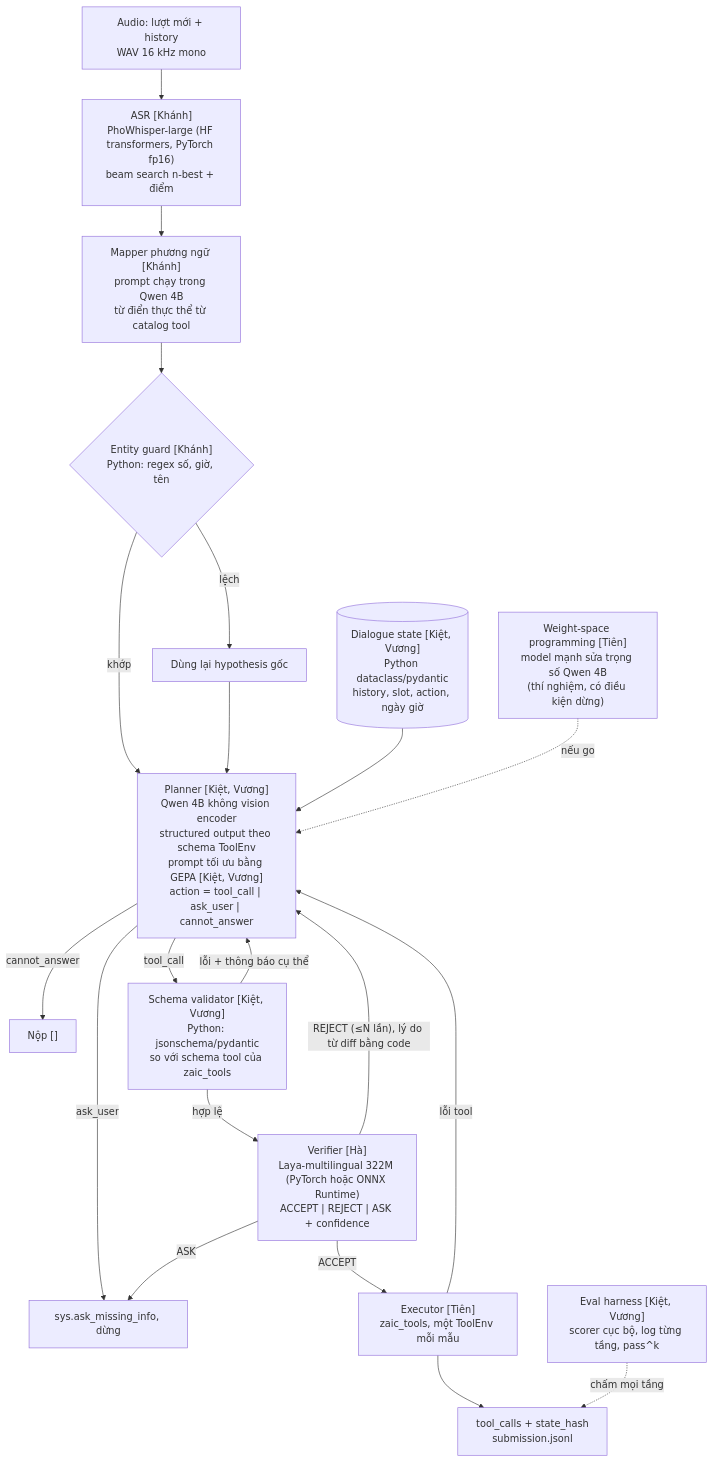
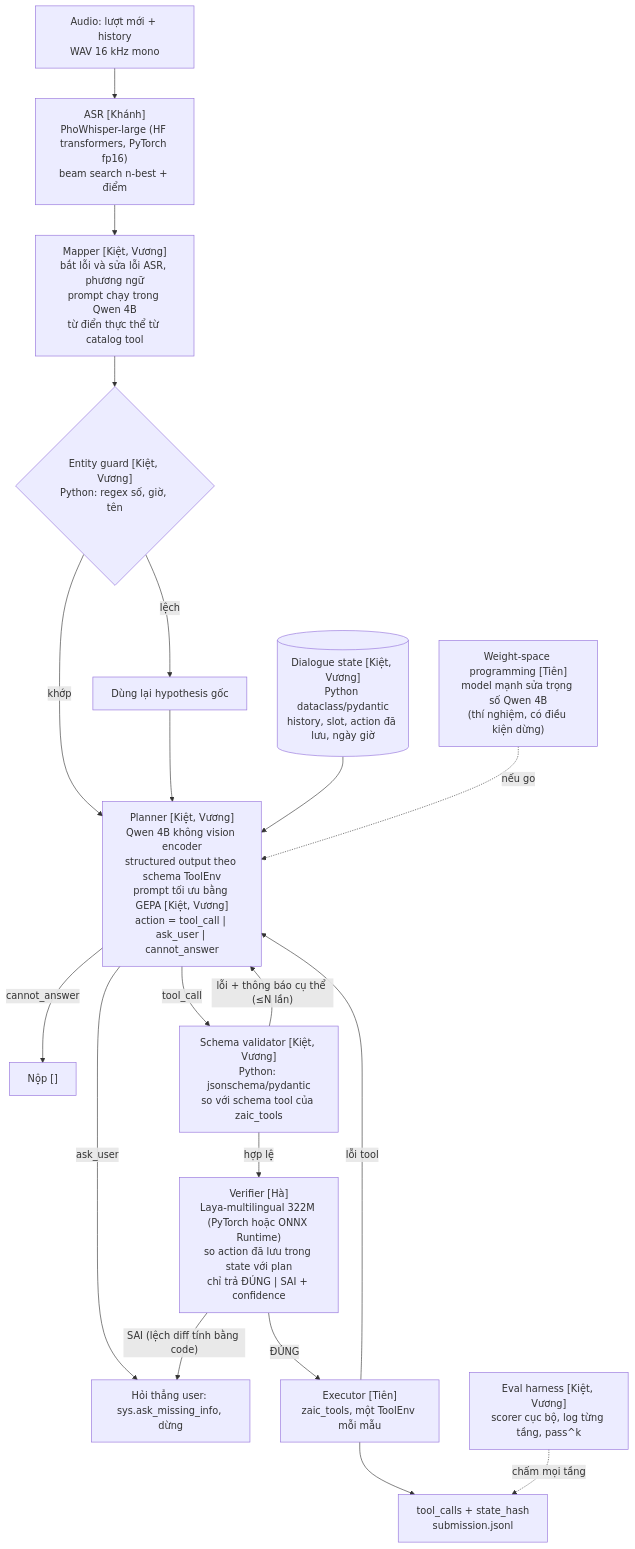
Before and after one commit to Bamboohoccode/ZAIC_2026: the second of 2 diagrams in docs/PROJECT_OVERVIEW.md, drawn with Mermaid. The commit also changed other lines of this file, not shown here.

````diff
--- a/docs/PROJECT_OVERVIEW.md
+++ b/docs/PROJECT_OVERVIEW.md
@@ -91,22 +92,21 @@
 ```mermaid
 flowchart TD
     A["Audio: lượt mới + history<br/>WAV 16 kHz mono"] --> B["ASR [Khánh]<br/>PhoWhisper-large (HF transformers, PyTorch fp16)<br/>beam search n-best + điểm"]
-    B --> C["Mapper phương ngữ [Khánh]<br/>prompt chạy trong Qwen 4B<br/>từ điển thực thể từ catalog tool"]
-    C --> G{"Entity guard [Khánh]<br/>Python: regex số, giờ, tên"}
+    B --> C["Mapper [Kiệt, Vương]<br/>bắt lỗi và sửa lỗi ASR, phương ngữ<br/>prompt chạy trong Qwen 4B<br/>từ điển thực thể từ catalog tool"]
+    C --> G{"Entity guard [Kiệt, Vương]<br/>Python: regex số, giờ, tên"}
     G -- khớp --> D
     G -- lệch --> C0["Dùng lại hypothesis gốc"] --> D
-    S[("Dialogue state [Kiệt, Vương]<br/>Python dataclass/pydantic<br/>history, slot, action, ngày giờ")] --> D
+    S[("Dialogue state [Kiệt, Vương]<br/>Python dataclass/pydantic<br/>history, slot, action đã lưu, ngày giờ")] --> D
     D["Planner [Kiệt, Vương]<br/>Qwen 4B không vision encoder<br/>structured output theo schema ToolEnv<br/>prompt tối ưu bằng GEPA [Kiệt, Vương]<br/>action = tool_call | ask_user | cannot_answer"]
     D -- cannot_answer --> R["Nộp []"]
-    D -- ask_user --> Q["sys.ask_missing_info, dừng"]
+    D -- ask_user --> Q["Hỏi thẳng user: sys.ask_missing_info, dừng"]
     D -- tool_call --> V1["Schema validator [Kiệt, Vương]<br/>Python: jsonschema/pydantic<br/>so với schema tool của zaic_tools"]
-    V1 -- "lỗi + thông báo cụ thể" --> D
-    V1 -- hợp lệ --> V2["Verifier [Hà]<br/>Laya-multilingual 322M (PyTorch hoặc ONNX Runtime)<br/>ACCEPT | REJECT | ASK + confidence"]
-    V2 -- "REJECT (≤N lần), lý do từ diff bằng code" --> D
-    V2 -- ASK --> Q
-    V2 -- ACCEPT --> F["Executor [Tiên]<br/>zaic_tools, một ToolEnv mỗi mẫu"]
+    V1 -- "lỗi + thông báo cụ thể (≤N lần)" --> D
+    V1 -- hợp lệ --> V2["Verifier [Hà]<br/>Laya-multilingual 322M (PyTorch hoặc ONNX Runtime)<br/>so action đã lưu trong state với plan<br/>chỉ trả ĐÚNG | SAI + confidence"]
+    V2 -- "SAI (lệch diff tính bằng code)" --> Q
+    V2 -- ĐÚNG --> F["Executor [Tiên]<br/>zaic_tools, một ToolEnv mỗi mẫu"]
     F -- "lỗi tool" --> D
     F --> Res["tool_calls + state_hash<br/>submission.jsonl"]
     W["Weight-space programming [Tiên]<br/>model mạnh sửa trọng số Qwen 4B<br/>(thí nghiệm, có điều kiện dừng)"] -. "nếu go" .-> D
     E["Eval harness [Kiệt, Vương]<br/>scorer cục bộ, log từng tầng, pass^k"] -. "chấm mọi tầng" .-> Res
 ```
````
